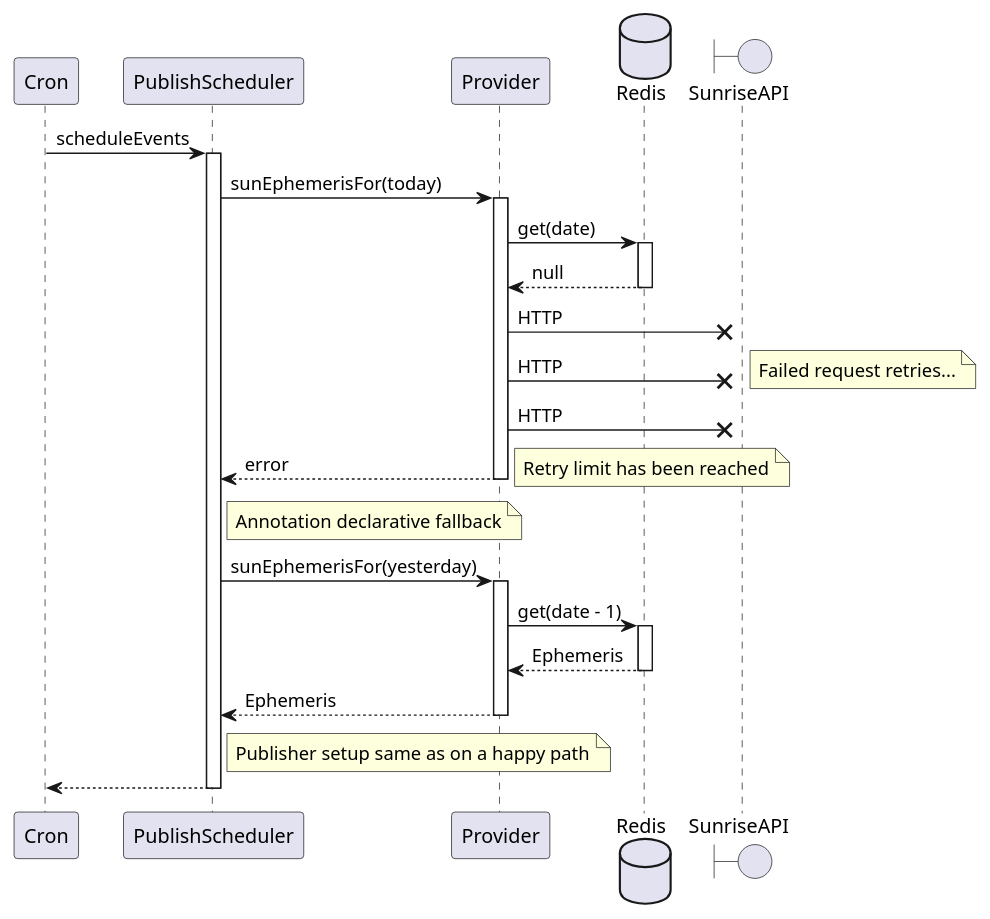
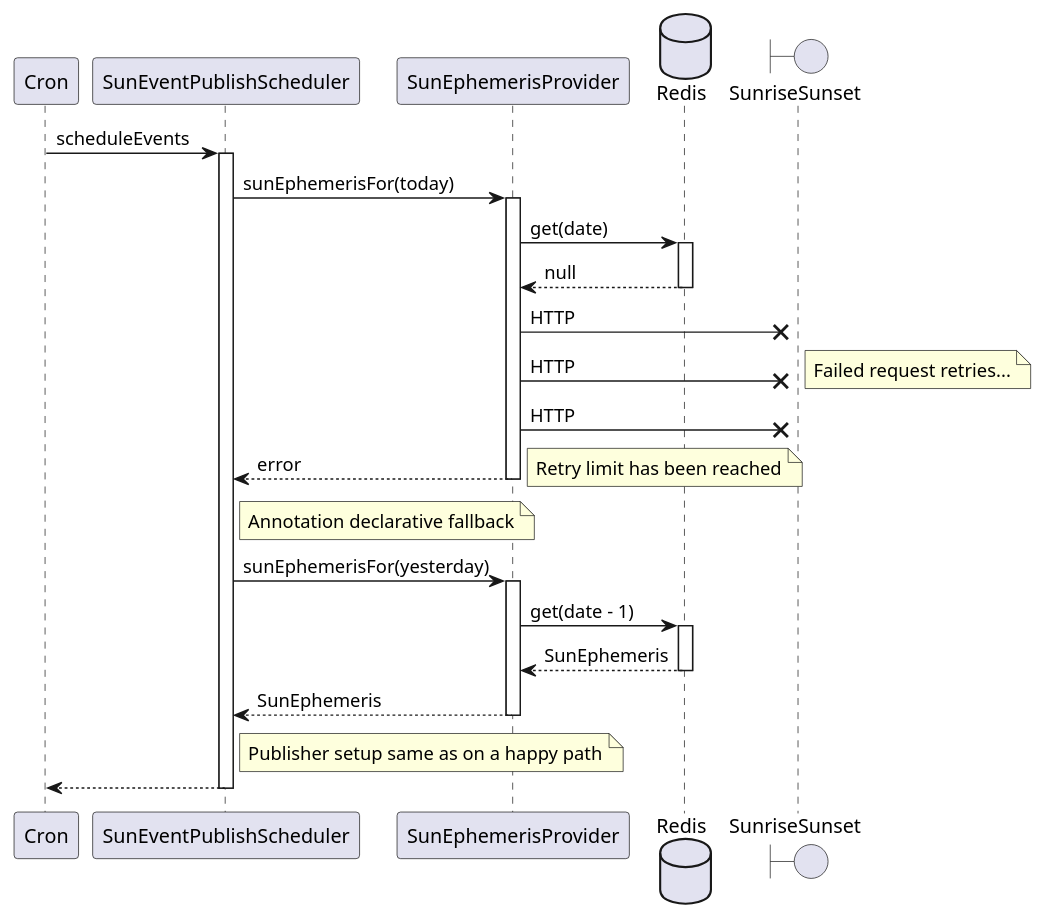
One commit to mwierzchowski/sun-ephemeris changed the diagram in etc/seq-alternate.puml. Above: the diagram before and after it, drawn with PlantUML. The commit also changed 2 other files, not shown here.

```diff
--- a/etc/seq-alternate.puml
+++ b/etc/seq-alternate.puml
@@ -1,36 +1,36 @@
 @startuml
 
-Cron -> PublishScheduler : scheduleEvents
-activate PublishScheduler
-    PublishScheduler -> Provider : sunEphemerisFor(today)
-    activate Provider
+Cron -> SunEventPublishScheduler : scheduleEvents
+activate SunEventPublishScheduler
+    SunEventPublishScheduler -> SunEphemerisProvider : sunEphemerisFor(today)
+    activate SunEphemerisProvider
         database Redis
-        Provider -> Redis : get(date)
+        SunEphemerisProvider -> Redis : get(date)
         activate Redis
-            Provider <-- Redis : null
+            SunEphemerisProvider <-- Redis : null
         deactivate Redis
-        boundary SunriseAPI
-        Provider ->x SunriseAPI : HTTP
-        Provider ->x SunriseAPI : HTTP
+        boundary SunriseSunset
+        SunEphemerisProvider ->x SunriseSunset : HTTP
+        SunEphemerisProvider ->x SunriseSunset : HTTP
         note right : Failed request retries...
-        Provider ->x SunriseAPI : HTTP
-        PublishScheduler <-- Provider : error
+        SunEphemerisProvider ->x SunriseSunset : HTTP
+        SunEventPublishScheduler <-- SunEphemerisProvider : error
         note right : Retry limit has been reached
-    deactivate Provider
+    deactivate SunEphemerisProvider
 
-    note right of PublishScheduler : Annotation declarative fallback
-    PublishScheduler -> Provider : sunEphemerisFor(yesterday)
-    activate Provider
-        Provider -> Redis : get(date - 1)
+    note right of SunEventPublishScheduler : Annotation declarative fallback
+    SunEventPublishScheduler -> SunEphemerisProvider : sunEphemerisFor(yesterday)
+    activate SunEphemerisProvider
+        SunEphemerisProvider -> Redis : get(date - 1)
         activate Redis
-            Provider <-- Redis : Ephemeris
+            SunEphemerisProvider <-- Redis : SunEphemeris
         deactivate Redis
-        PublishScheduler <-- Provider : Ephemeris
-    deactivate Provider
+        SunEventPublishScheduler <-- SunEphemerisProvider : SunEphemeris
+    deactivate SunEphemerisProvider
 
-    note right of PublishScheduler : Publisher setup same as on a happy path
+    note right of SunEventPublishScheduler : Publisher setup same as on a happy path
 
-    Cron <-- PublishScheduler
-deactivate PublishScheduler
+    Cron <-- SunEventPublishScheduler
+deactivate SunEventPublishScheduler
 
 @enduml
```
